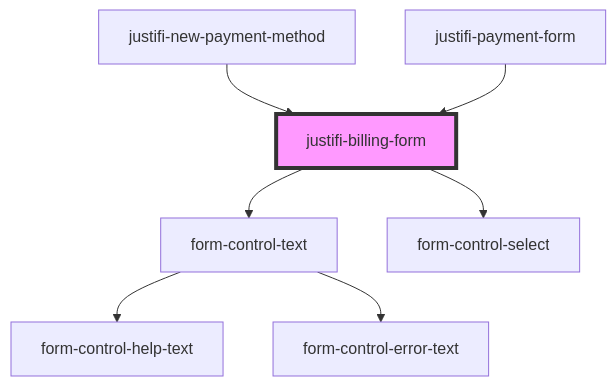
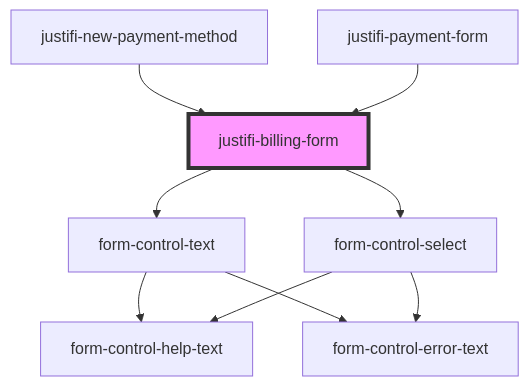
The diagram in packages/webcomponents/src/components/billing-form/readme.md (justifi-tech/web-component-library), drawn with Mermaid before and after one commit. The commit also changed 13 other files, not shown here.

````diff
--- a/packages/webcomponents/src/components/billing-form/readme.md
+++ b/packages/webcomponents/src/components/billing-form/readme.md
@@ -67,10 +67,12 @@
 ```mermaid
 graph TD;
   justifi-billing-form --> form-control-text
   justifi-billing-form --> form-control-select
   form-control-text --> form-control-help-text
   form-control-text --> form-control-error-text
+  form-control-select --> form-control-help-text
+  form-control-select --> form-control-error-text
   justifi-new-payment-method --> justifi-billing-form
   justifi-payment-form --> justifi-billing-form
   style justifi-billing-form fill:#f9f,stroke:#333,stroke-width:4px
 ```
````
